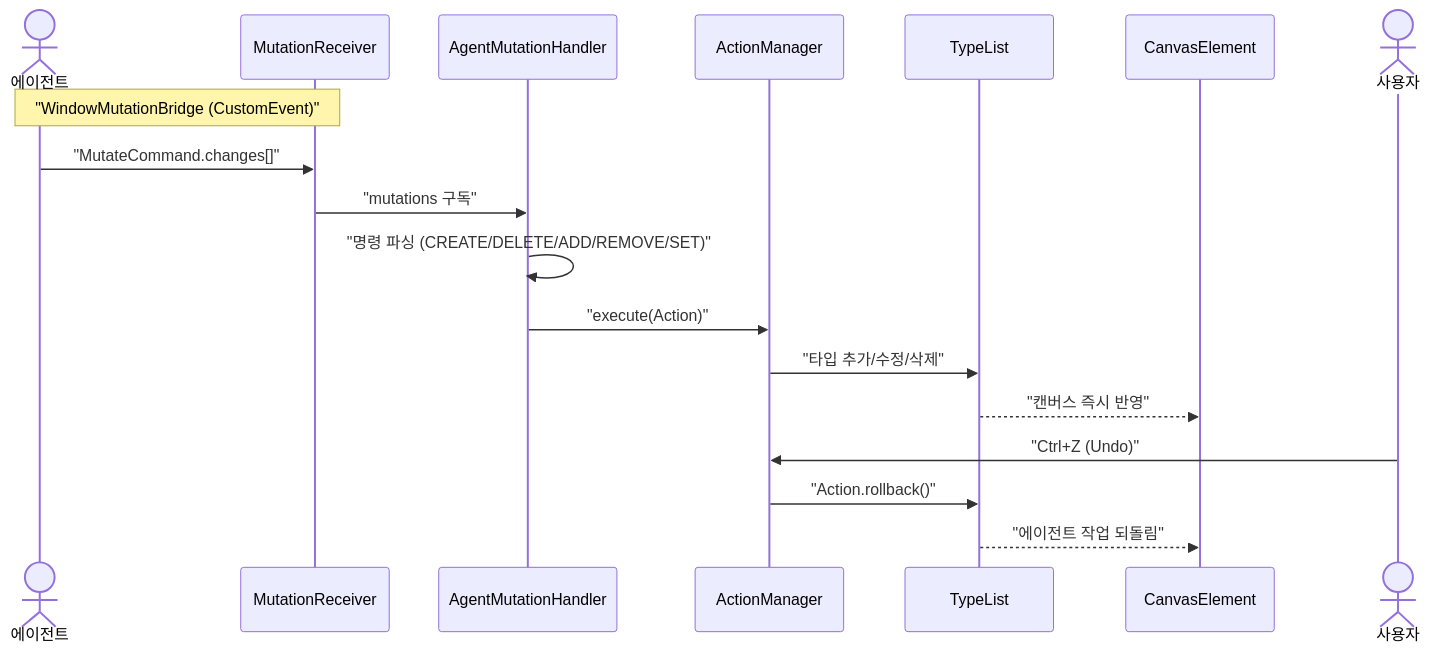
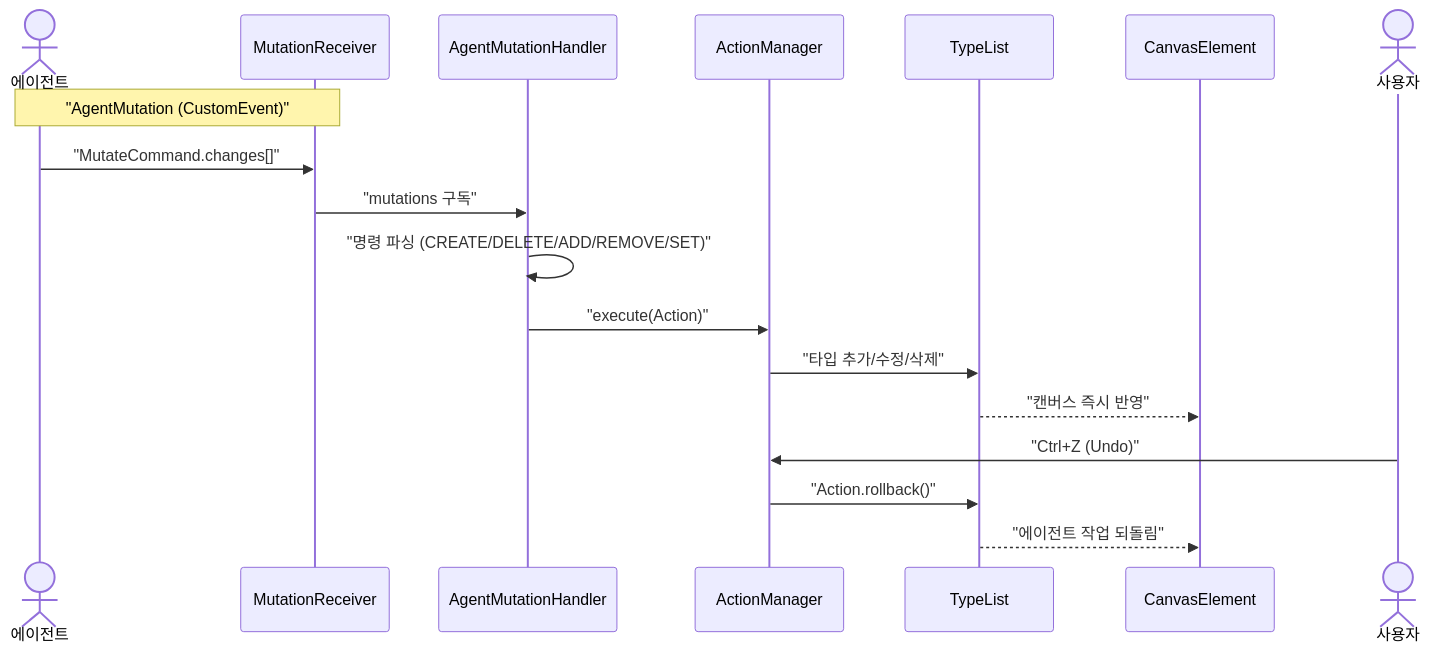
The fourth of 15 diagrams in type-ui/USECASE.md (sayaya1090/handbook), drawn with Mermaid before and after one commit. The commit also changed other lines of this file and 166 other files, not shown here.

````diff
--- a/type-ui/USECASE.md
+++ b/type-ui/USECASE.md
@@ -78,22 +78,22 @@
 ```mermaid
 sequenceDiagram
     actor Agent as 에이전트
     participant MR as MutationReceiver
     participant AMH as AgentMutationHandler
     participant AM as ActionManager
     participant TL as TypeList
     participant Canvas as CanvasElement
 
-    Note over Agent,MR: "WindowMutationBridge (CustomEvent)"
+    Note over Agent,MR: "AgentMutation (CustomEvent)"
     Agent->>MR: "MutateCommand.changes[]"
     MR->>AMH: "mutations 구독"
     AMH->>AMH: "명령 파싱 (CREATE/DELETE/ADD/REMOVE/SET)"
     AMH->>AM: "execute(Action)"
     AM->>TL: "타입 추가/수정/삭제"
     TL-->>Canvas: "캔버스 즉시 반영"
 
     actor User as 사용자
     User->>AM: "Ctrl+Z (Undo)"
     AM->>TL: "Action.rollback()"
     TL-->>Canvas: "에이전트 작업 되돌림"
 ```
````
